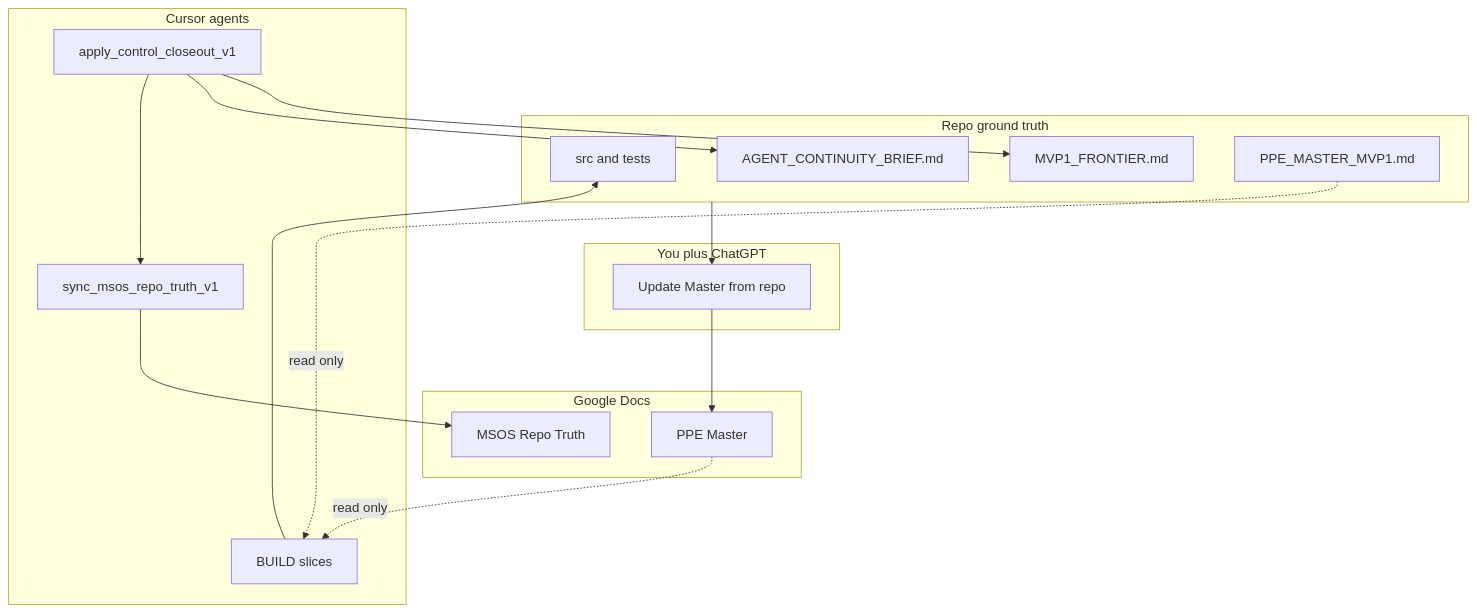
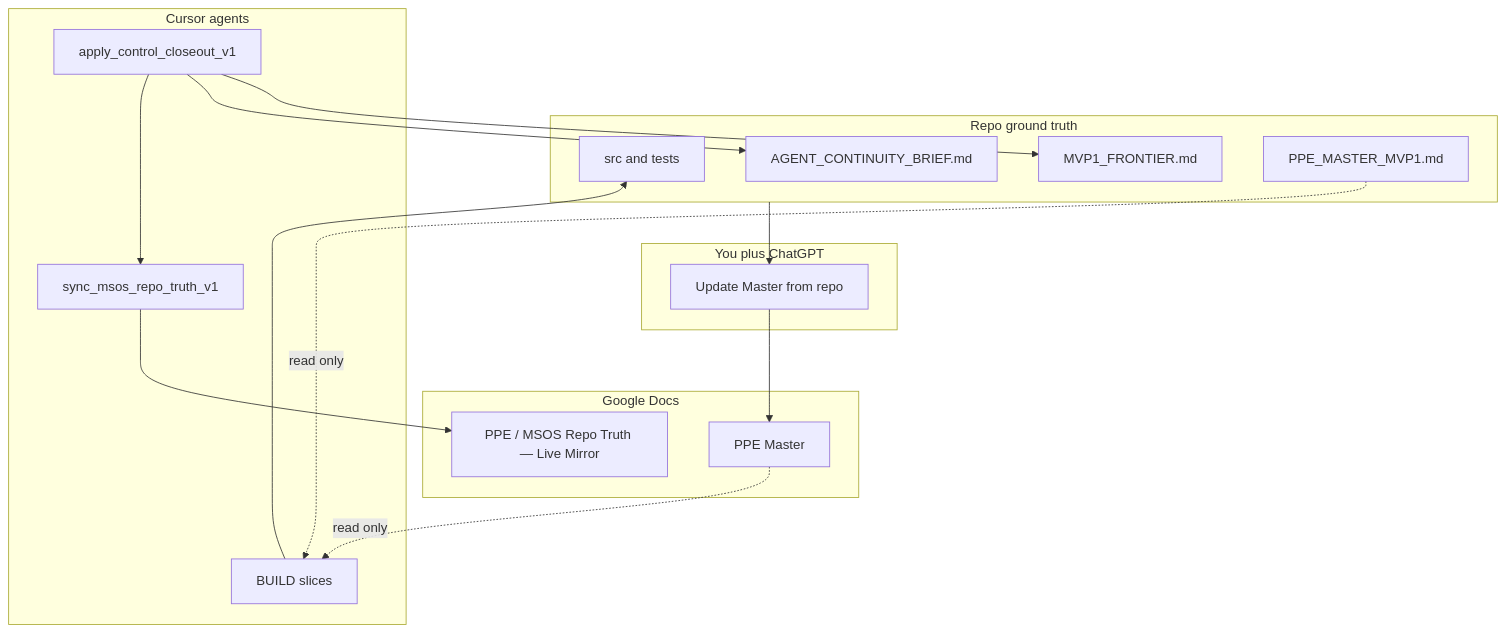
The diagram in docs/SOP/GOOGLE_DOCS_CONTROL_PLANE_V1.md (DanielTabakman/Probability-prediction-engine), drawn with Mermaid before and after one commit. The commit also changed other lines of this file and 13 other files, not shown here.

First line of the commit message:
docs(control-plane): rename MSOS live mirror to PPE / MSOS Repo Truth — Live Mirror

````diff
--- a/docs/SOP/GOOGLE_DOCS_CONTROL_PLANE_V1.md
+++ b/docs/SOP/GOOGLE_DOCS_CONTROL_PLANE_V1.md
@@ -25,34 +25,34 @@
 ```mermaid
 flowchart TB
   subgraph repo [Repo ground truth]
     Code[src and tests]
     Frontier[MVP1_FRONTIER.md]
     Brief[AGENT_CONTINUITY_BRIEF.md]
     Canon[PPE_MASTER_MVP1.md]
   end
 
   subgraph cursor [Cursor agents]
     Build[BUILD slices]
     Closeout[apply_control_closeout_v1]
     Sync[sync_msos_repo_truth_v1]
   end
 
   subgraph google [Google Docs]
-    MSOS[MSOS Repo Truth]
+    MSOS[PPE / MSOS Repo Truth — Live Mirror]
     Master[PPE Master]
   end
 
   subgraph chatgpt [You plus ChatGPT]
     MasterEdit[Update Master from repo]
   end
 
   Build --> Code
   Closeout --> Frontier
   Closeout --> Brief
   Closeout --> Sync
   Sync --> MSOS
   Canon -.->|read only| Build
   Master -.->|read only| Build
   repo --> MasterEdit
   MasterEdit --> Master
 ```
````
